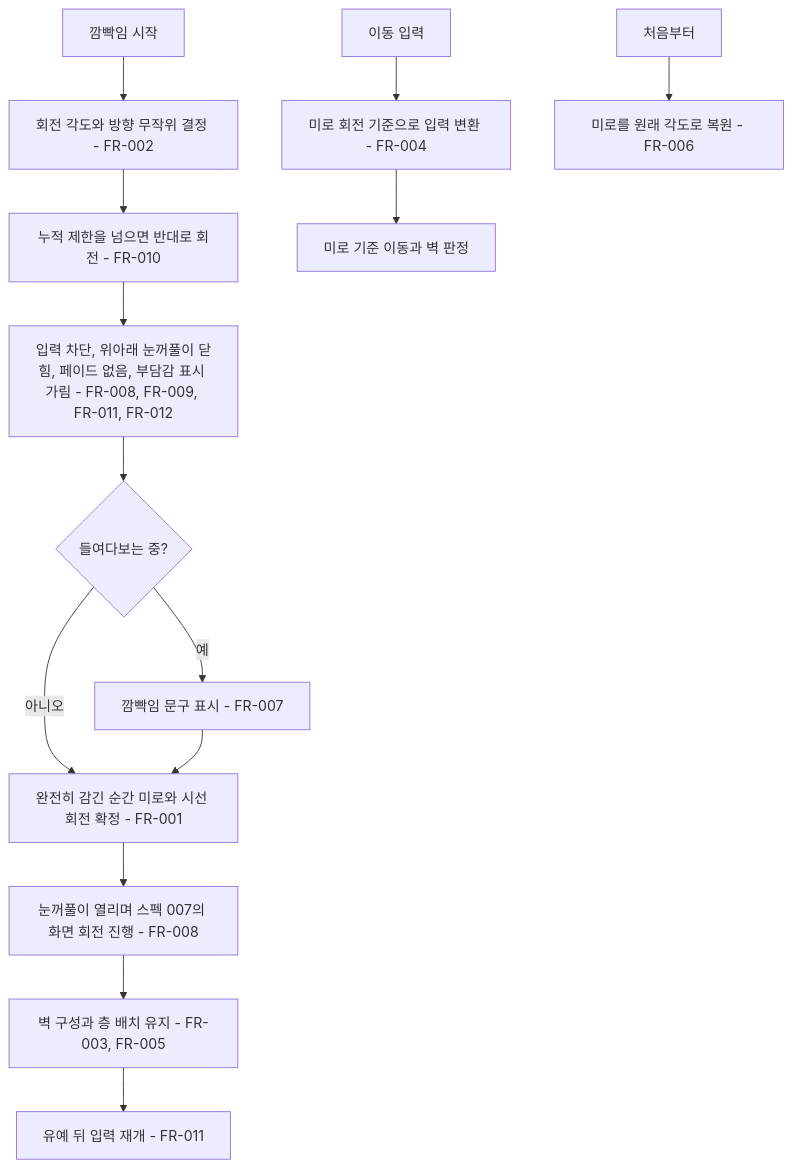
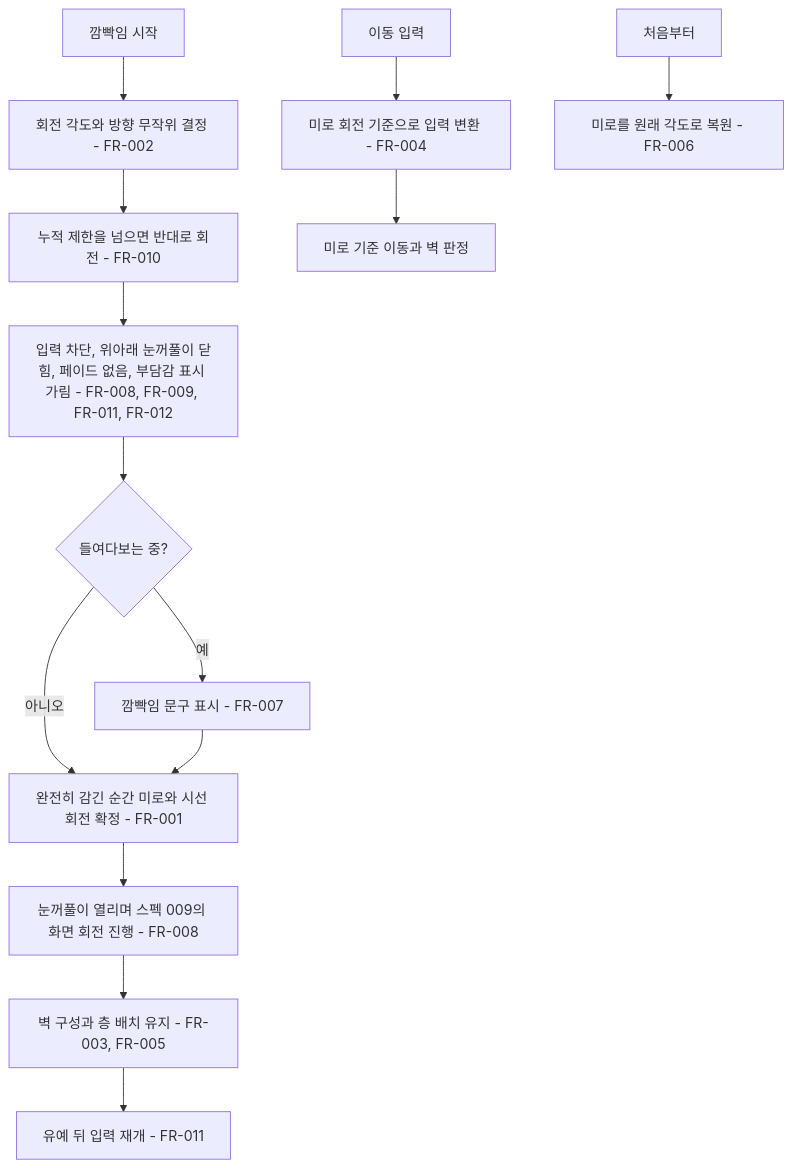
Before and after one commit to xpaklove12-lang/Corner1: the diagram in docs/specs/006-blink-illusion-rotation.md, drawn with Mermaid. The commit also changed other lines of this file and 20 other files, not shown here.

````diff
--- a/docs/specs/006-blink-illusion-rotation.md
+++ b/docs/specs/006-blink-illusion-rotation.md
@@ -47,16 +47,16 @@
 ```mermaid
 flowchart TD
     A[깜빡임 시작] --> B[회전 각도와 방향 무작위 결정 - FR-002]
     B --> B2[누적 제한을 넘으면 반대로 회전 - FR-010]
     B2 --> C[입력 차단, 위아래 눈꺼풀이 닫힘, 페이드 없음, 부담감 표시 가림 - FR-008, FR-009, FR-011, FR-012]
     C --> D{들여다보는 중?}
     D -- 예 --> E[깜빡임 문구 표시 - FR-007]
     D -- 아니오 --> F[완전히 감긴 순간 미로와 시선 회전 확정 - FR-001]
     E --> F
-    F --> G[눈꺼풀이 열리며 스펙 007의 화면 회전 진행 - FR-008]
+    F --> G[눈꺼풀이 열리며 스펙 009의 화면 회전 진행 - FR-008]
     G --> H[벽 구성과 층 배치 유지 - FR-003, FR-005]
     H --> H2[유예 뒤 입력 재개 - FR-011]
     I[이동 입력] --> J[미로 회전 기준으로 입력 변환 - FR-004]
     J --> K[미로 기준 이동과 벽 판정]
     L[처음부터] --> M[미로를 원래 각도로 복원 - FR-006]
 ```
````
